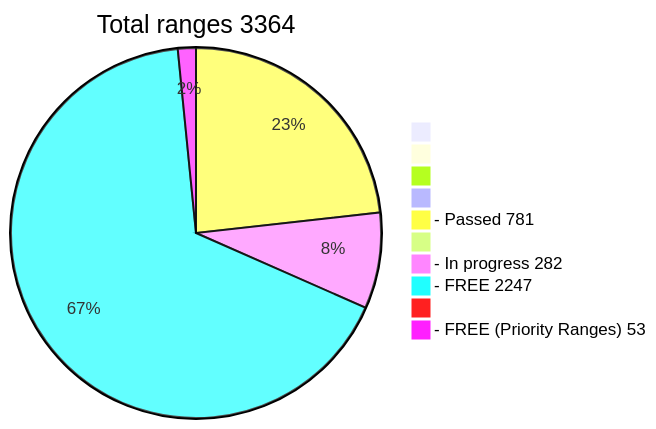
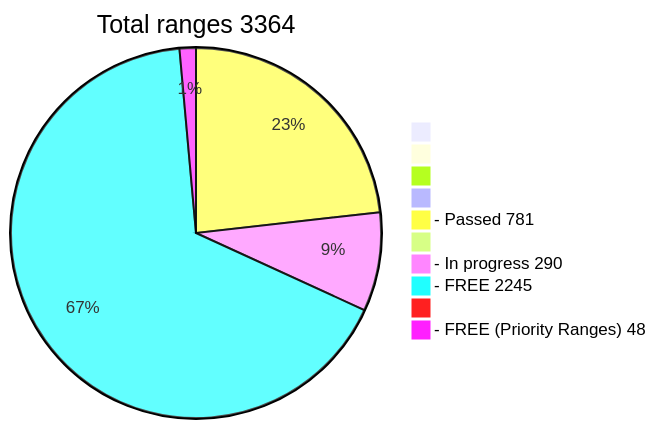
Before and after one commit to phrutis/wif500: the diagram in README.md, drawn with Mermaid.

````diff
--- a/README.md
+++ b/README.md
@@ -16,13 +16,13 @@
 ```mermaid
 pie title Total ranges 3364
              " " : 0
             "  " : 0
            "   " : 0
           "    " : 0
   "- Passed 781" : 781
          "     " : 0
-  "- In progress 282" : 282
-   "- FREE 2247" : 2247
+  "- In progress 290" : 290
+   "- FREE 2245" : 2245
         "      " : 0
-  "- FREE (Priority Ranges) 53" : 53
+  "- FREE (Priority Ranges) 48" : 48
 ```
````
